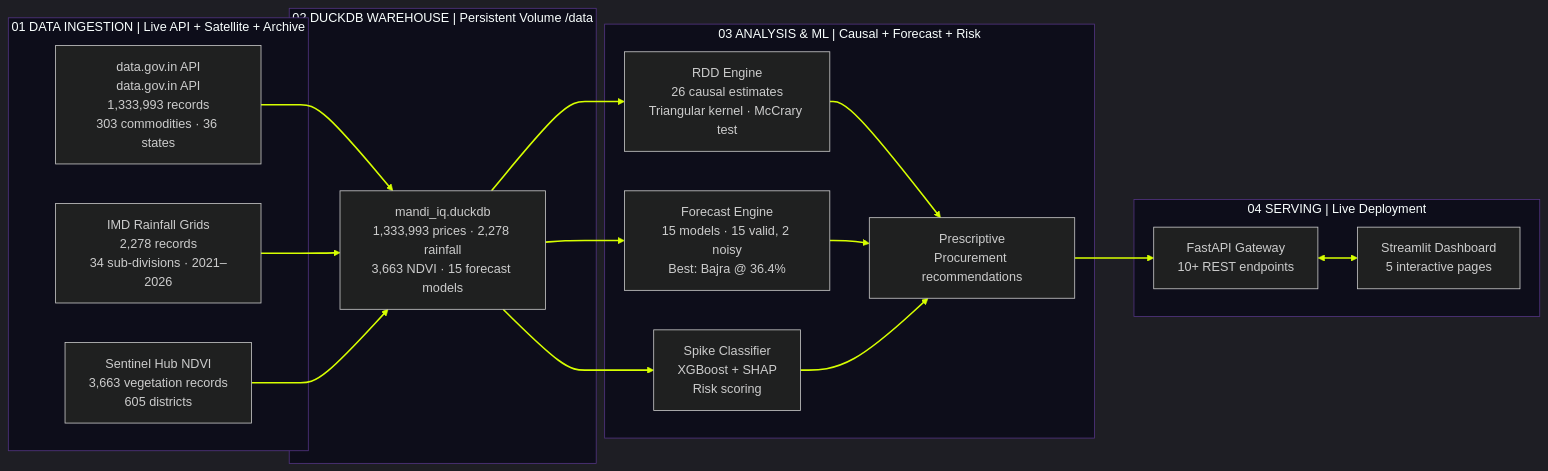
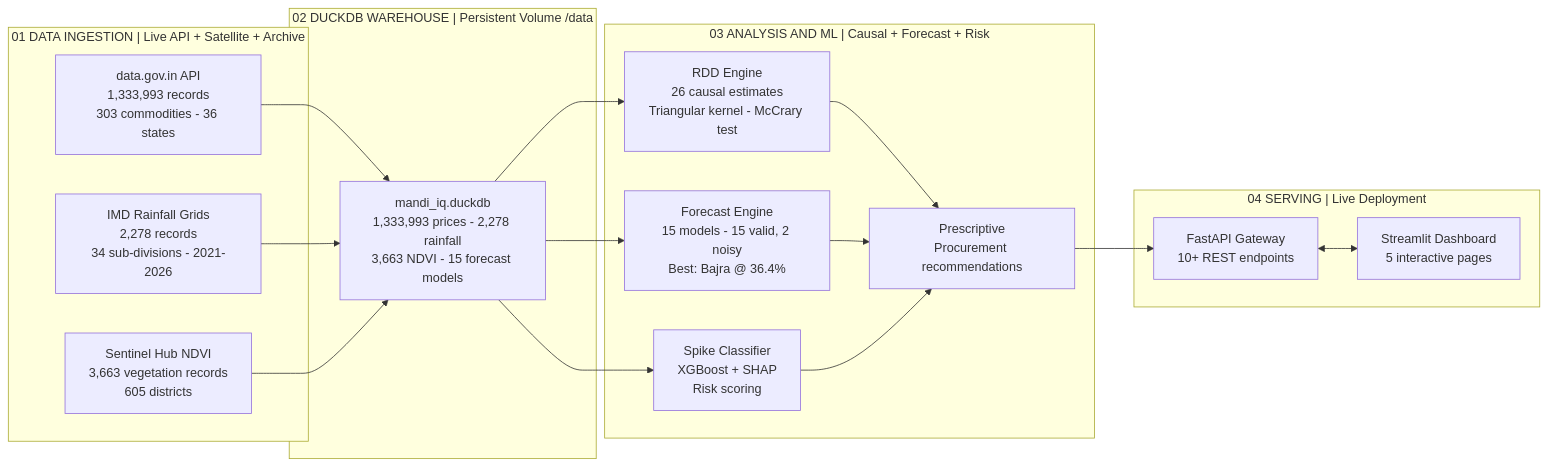
The third of 3 diagrams in docs/writeup.md (flawsom/test-mandi), drawn with Mermaid before and after one commit. The commit also changed other lines of this file and 13 other files, not shown here.

First line of the commit message:
docs: pre-render all remaining mermaid diagrams to Alche-themed SVGs

````diff
--- a/docs/writeup.md
+++ b/docs/writeup.md
@@ -236,34 +276,32 @@
 ```mermaid
-%%{init: {"theme": "dark", "themeVariables": { "primaryColor": "#1a1a2e", "primaryTextColor": "#fff", "lineColor": "#d7ff00", "secondaryColor": "#16213e", "tertiaryColor": "#0f3460", "clusterBkg": "#0d0d1a", "clusterBorder": "#533483"}}}%%
 graph LR
-    subgraph Ingest["01 DATA INGESTION  | Live API + Satellite + Archive"]
-        A["data.gov.in API<br/>data.gov.in API<br/>1,333,993 records<br/>303 commodities · 36 states"]
-        B["IMD Rainfall Grids<br/>2,278 records<br/>34 sub-divisions · 2021–2026"]
+    subgraph Ingest["01 DATA INGESTION | Live API + Satellite + Archive"]
+        A["data.gov.in API<br/>1,333,993 records<br/>303 commodities - 36 states"]
+        B["IMD Rainfall Grids<br/>2,278 records<br/>34 sub-divisions - 2021-2026"]
         C["Sentinel Hub NDVI<br/>3,663 vegetation records<br/>605 districts"]
     end
-    subgraph Store["02 DUCKDB WAREHOUSE  | Persistent Volume /data"]
-        D["mandi_iq.duckdb<br/>1,333,993 prices · 2,278 rainfall<br/>3,663 NDVI · 15 forecast models"]
+    subgraph Store["02 DUCKDB WAREHOUSE | Persistent Volume /data"]
+        D["mandi_iq.duckdb<br/>1,333,993 prices - 2,278 rainfall<br/>3,663 NDVI - 15 forecast models"]
     end
-    subgraph Analyze["03 ANALYSIS & ML  | Causal + Forecast + Risk"]
-        E["RDD Engine<br/>26 causal estimates<br/>Triangular kernel · McCrary test"]
-        F["Forecast Engine<br/>15 models · 15 valid, 2 noisy<br/>Best: Bajra @ 36.4%"]
+    subgraph Analyze["03 ANALYSIS AND ML | Causal + Forecast + Risk"]
+        E["RDD Engine<br/>26 causal estimates<br/>Triangular kernel - McCrary test"]
+        F["Forecast Engine<br/>15 models - 15 valid, 2 noisy<br/>Best: Bajra @ 36.4%"]
         G["Spike Classifier<br/>XGBoost + SHAP<br/>Risk scoring"]
         H["Prescriptive<br/>Procurement recommendations"]
     end
-    subgraph Serve["04 SERVING  | Live Deployment"]
+    subgraph Serve["04 SERVING | Live Deployment"]
         I["FastAPI Gateway<br/>10+ REST endpoints"]
         J["Streamlit Dashboard<br/>5 interactive pages"]
     end
     A --> D
     B --> D
     C --> D
     D --> E
     D --> F
     D --> G
     E --> H
     F --> H
     G --> H
     H --> I
     I <--> J
-    linkStyle default stroke-width:2px,fill:none,stroke:#d7ff00
 ```
````
